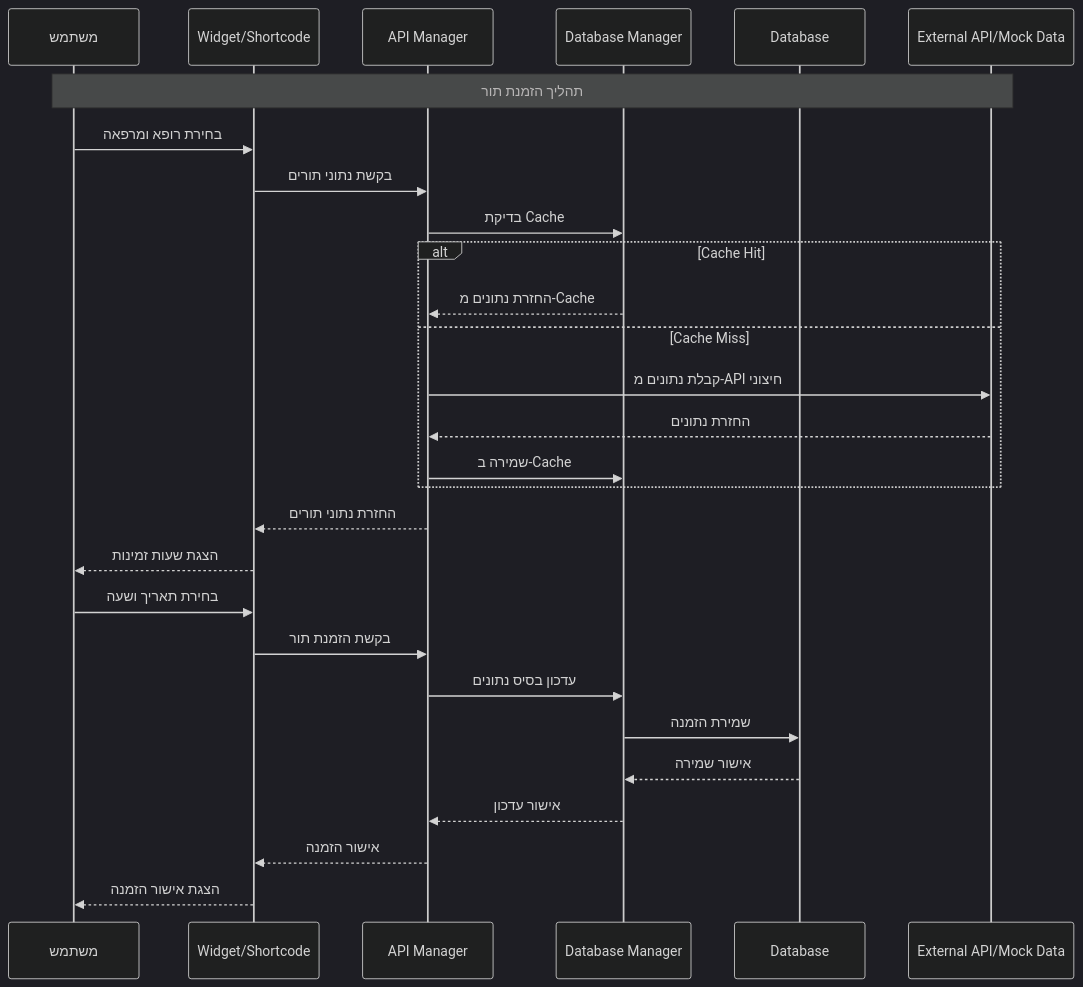
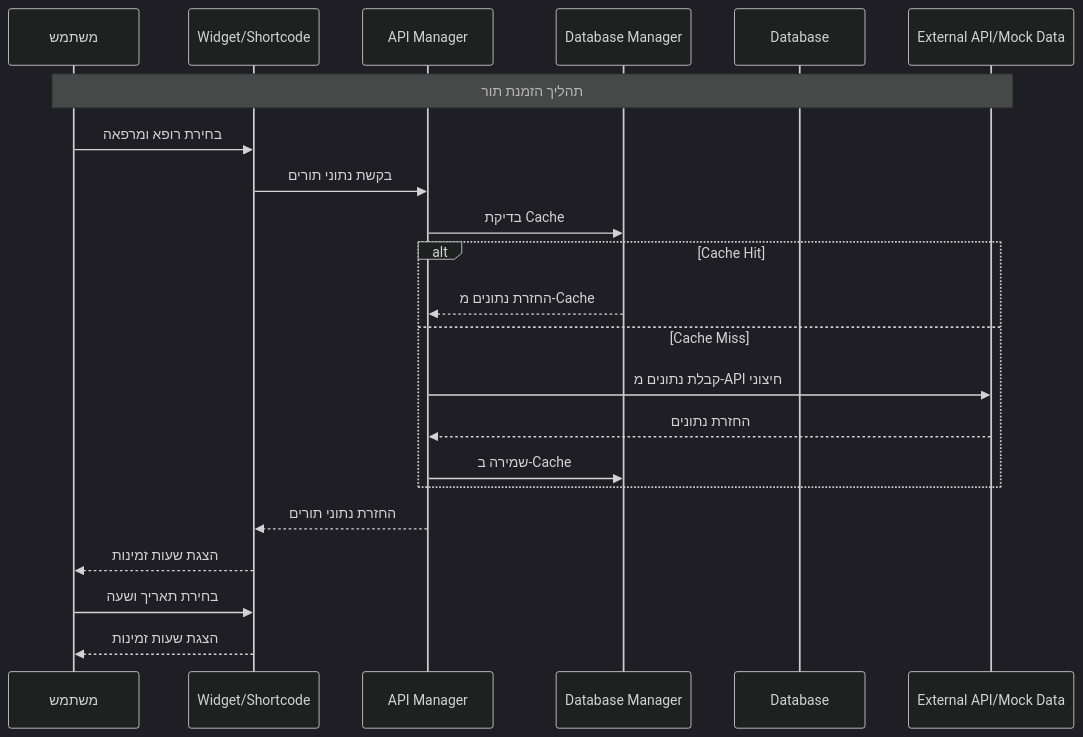
Before and after one commit to OrielBenMoshe/clinic-queue-management: the second of 8 diagrams in docs/FLOW_DIAGRAM.md, drawn with Mermaid (dark theme). The commit also changed other lines of this file and 42 other files, not shown here.

````diff
--- a/docs/FLOW_DIAGRAM.md
+++ b/docs/FLOW_DIAGRAM.md
@@ -99,33 +99,27 @@
 ```mermaid
 sequenceDiagram
     participant U as משתמש
     participant W as Widget/Shortcode
     participant A as API Manager
     participant D as Database Manager
     participant DB as Database
     participant E as External API/Mock Data
     
     Note over U,E: תהליך הזמנת תור
     
     U->>W: בחירת רופא ומרפאה
     W->>A: בקשת נתוני תורים
     A->>D: בדיקת Cache
     alt Cache Hit
         D-->>A: החזרת נתונים מ-Cache
     else Cache Miss
         A->>E: קבלת נתונים מ-API חיצוני
         E-->>A: החזרת נתונים
         A->>D: שמירה ב-Cache
     end
     A-->>W: החזרת נתוני תורים
     W-->>U: הצגת שעות זמינות
     
     U->>W: בחירת תאריך ושעה
-    W->>A: בקשת הזמנת תור
-    A->>D: עדכון בסיס נתונים
-    D->>DB: שמירת הזמנה
-    DB-->>D: אישור שמירה
-    D-->>A: אישור עדכון
-    A-->>W: אישור הזמנה
-    W-->>U: הצגת אישור הזמנה
+    W-->>U: הצגת שעות זמינות
 ```
````
